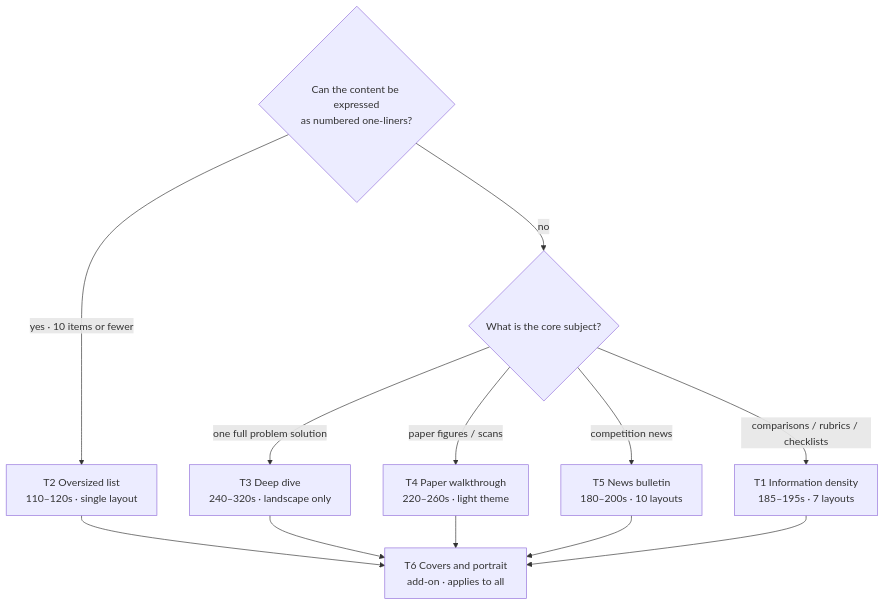
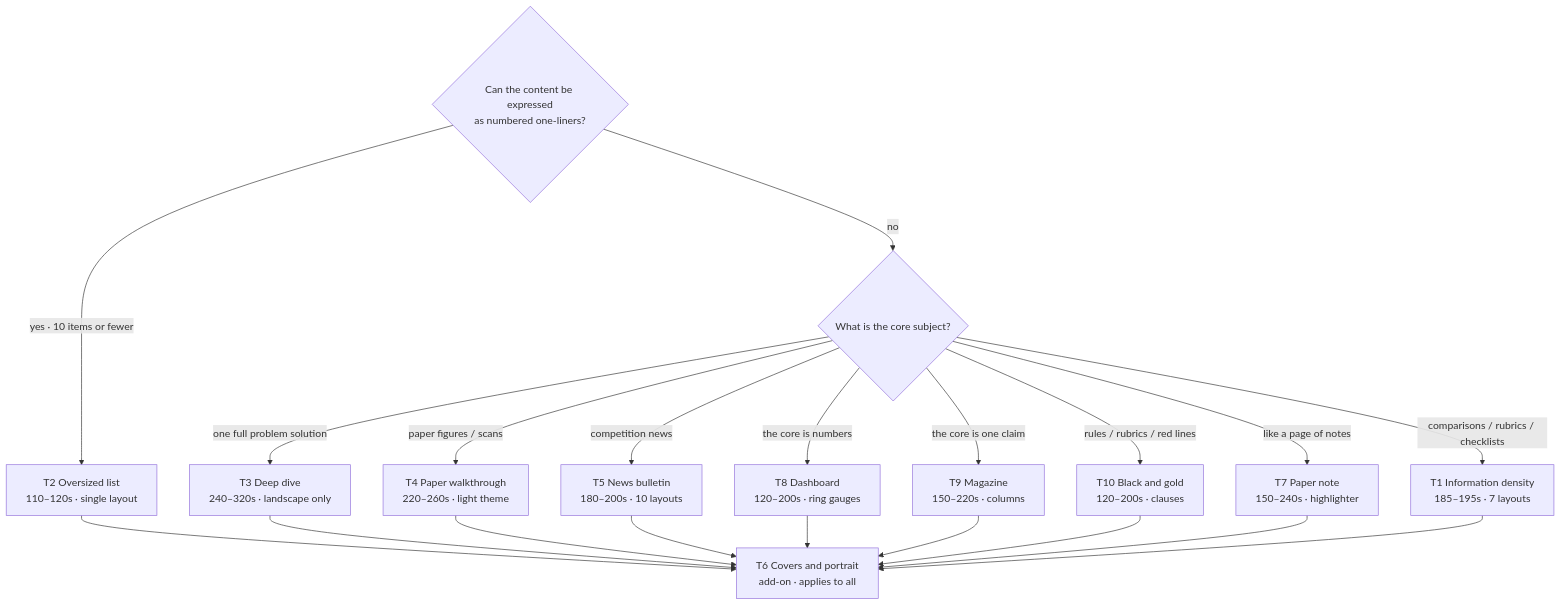
The third of 5 diagrams in README.en.md (SpenBug/mcm-video-pipeline), drawn with Mermaid before and after one commit. The commit also changed other lines of this file and 3 other files, not shown here.

````diff
--- a/README.en.md
+++ b/README.en.md
@@ -205,17 +260,25 @@
 ```mermaid
 flowchart TD
     Q0{"Can the content be expressed<br/>as numbered one-liners?"}
     Q0 -->|"yes · 10 items or fewer"| T2["T2 Oversized list<br/>110–120s · single layout"]
     Q0 -->|"no"| Q1{"What is the core subject?"}
 
     Q1 -->|"one full problem solution"| T3["T3 Deep dive<br/>240–320s · landscape only"]
     Q1 -->|"paper figures / scans"| T4["T4 Paper walkthrough<br/>220–260s · light theme"]
     Q1 -->|"competition news"| T5["T5 News bulletin<br/>180–200s · 10 layouts"]
+    Q1 -->|"the core is numbers"| T8["T8 Dashboard<br/>120–200s · ring gauges"]
+    Q1 -->|"the core is one claim"| T9["T9 Magazine<br/>150–220s · columns"]
+    Q1 -->|"rules / rubrics / red lines"| T10["T10 Black and gold<br/>120–200s · clauses"]
+    Q1 -->|"like a page of notes"| T7["T7 Paper note<br/>150–240s · highlighter"]
     Q1 -->|"comparisons / rubrics / checklists"| T1["T1 Information density<br/>185–195s · 7 layouts"]
 
     T1 --> T6["T6 Covers and portrait<br/>add-on · applies to all"]
     T2 --> T6
     T3 --> T6
     T4 --> T6
     T5 --> T6
+    T7 --> T6
+    T8 --> T6
+    T9 --> T6
+    T10 --> T6
 ```
````
